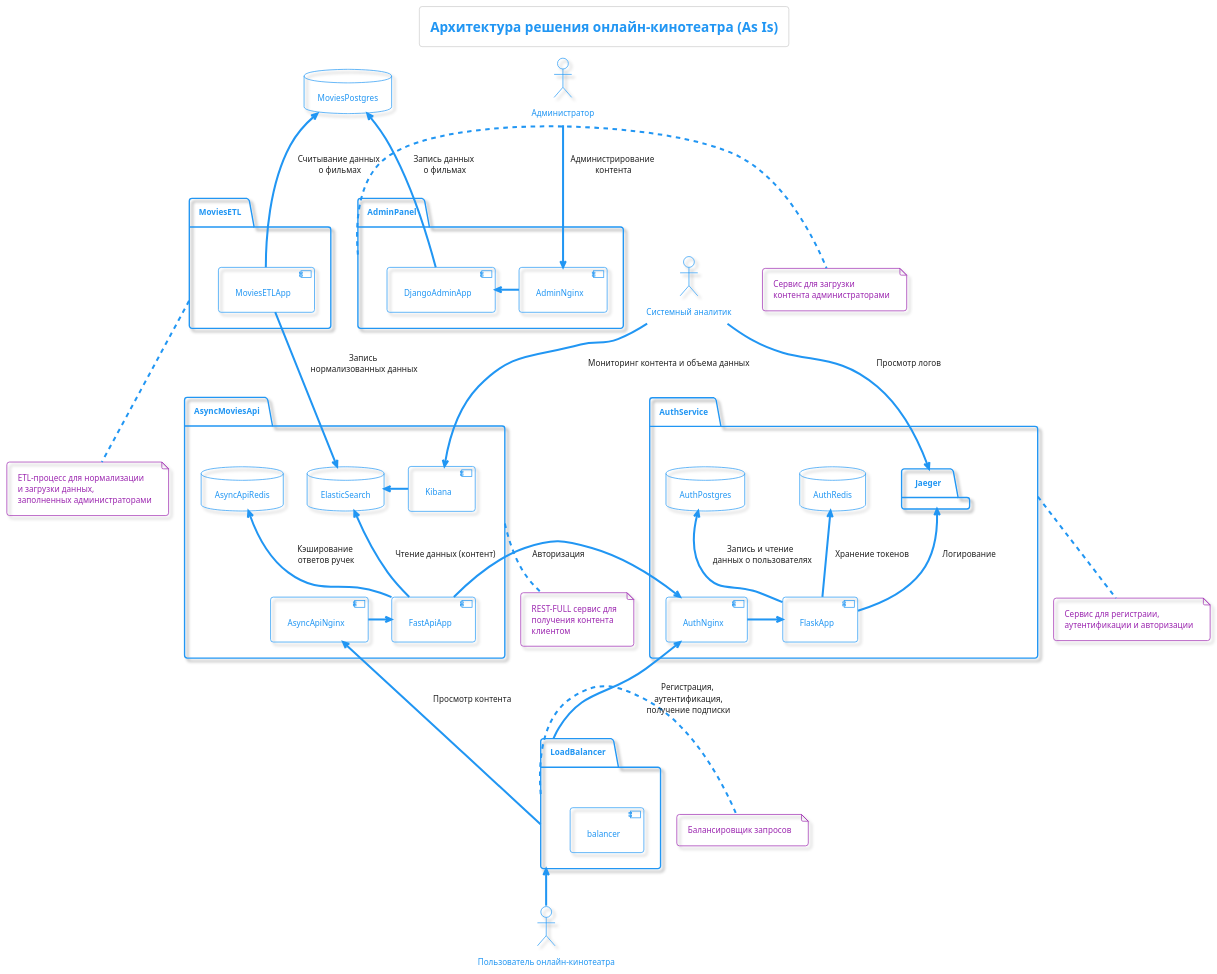
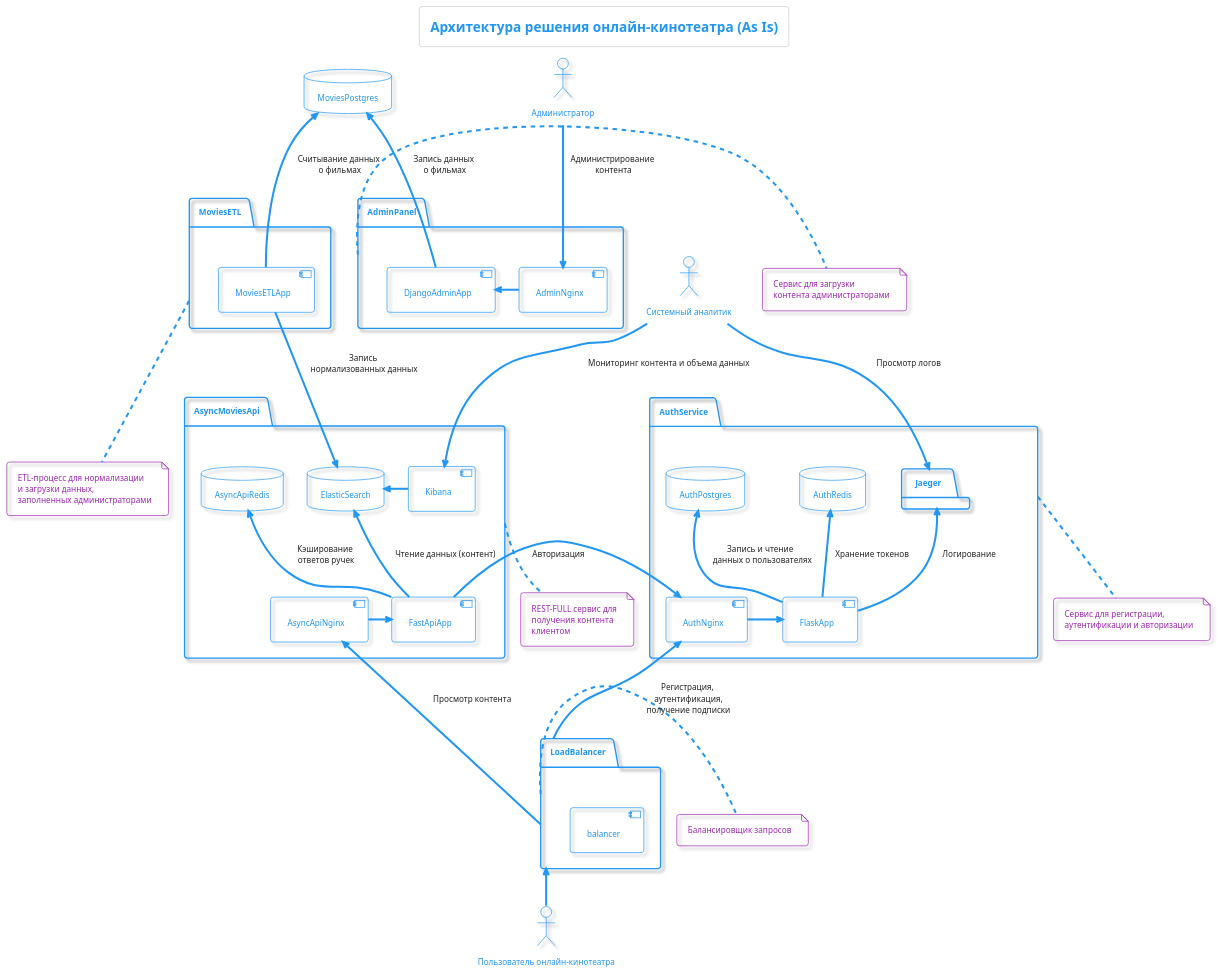
The diagram in architecture/asis.plantuml (SRSamoylenko/srsamoylenko.github.io), drawn with PlantUML before and after one commit. The commit also changed 1 other file, not shown here.

```diff
--- a/architecture/asis.plantuml
+++ b/architecture/asis.plantuml
@@ -1,93 +1,93 @@
 @startuml
 !theme materia-outline
 title "Архитектура решения онлайн-кинотеатра (As Is)"
 actor Администратор as ClientAdmin
 actor "Пользователь онлайн-кинотеатра" as Client
 actor "Системный аналитик" as SystemAnalyst
 
 
 
 package AdminPanel {
   component AdminNginx
   component DjangoAdminApp
   AdminNginx -> DjangoAdminApp
 }
 
 note right of AdminPanel
 Сервис для загрузки
 контента администраторами
 end note
 
 package MoviesETL {
   component MoviesETLApp
 }
 
 note bottom of MoviesETL
 ETL-процесс для нормализации
 и загрузки данных,
 заполненных администраторами
 end note
 
 package AsyncMoviesApi {
   database ElasticSearch
   component FastApiApp
   database AsyncApiRedis
   component AsyncApiNginx
   component Kibana
 
   Kibana -right-> ElasticSearch
   FastApiApp -up-> AsyncApiRedis: Кэширование\n ответов ручек
   FastApiApp -up-> ElasticSearch: Чтение данных (контент)
 
   AsyncApiNginx -> FastApiApp
 }
 
 note bottom of AsyncMoviesApi
 REST-FULL сервис для
 получения контента
 клиентом
 end note
 
 package AuthService {
   component FlaskApp
   database AuthRedis
   database AuthPostgres
   component AuthNginx
   package Jaeger
   FlaskApp -up-> AuthPostgres: "Запись и чтение \n данных о пользователях"
   FlaskApp -up-> AuthRedis: "Хранение токенов"
   FlaskApp -up-> Jaeger: "Логирование"
   AuthNginx -right-> FlaskApp
 }
 
 note bottom of AuthService
-Сервис для регистраии,
+Сервис для регистрации,
 аутентификации и авторизации
 end note
 
 package LoadBalancer {
 component balancer
 }
 
 note right of LoadBalancer
 Балансировщик запросов
 end note
 
 database MoviesPostgres
 
 DjangoAdminApp -up-> MoviesPostgres : "Запись данных\n о фильмах"
 
 MoviesETLApp -up-> MoviesPostgres : "Считывание данных\n о фильмах"
 MoviesETLApp -down-> ElasticSearch : "Запись\n нормализованных данных"
 
 FastApiApp -right-> AuthNginx: "Авторизация"
 
 LoadBalancer -up-> AsyncApiNginx: Просмотр контента
 LoadBalancer -up-> AuthNginx: Регистрация,\n аутентификация,\n получение подписки
 
 Client -up-> LoadBalancer
 SystemAnalyst -down-> Kibana: "Мониторинг контента и объема данных"
 SystemAnalyst -down-> Jaeger: "Просмотр логов"
 ClientAdmin -down-> AdminNginx : "Администрирование\n контента"
 
 @enduml
```
